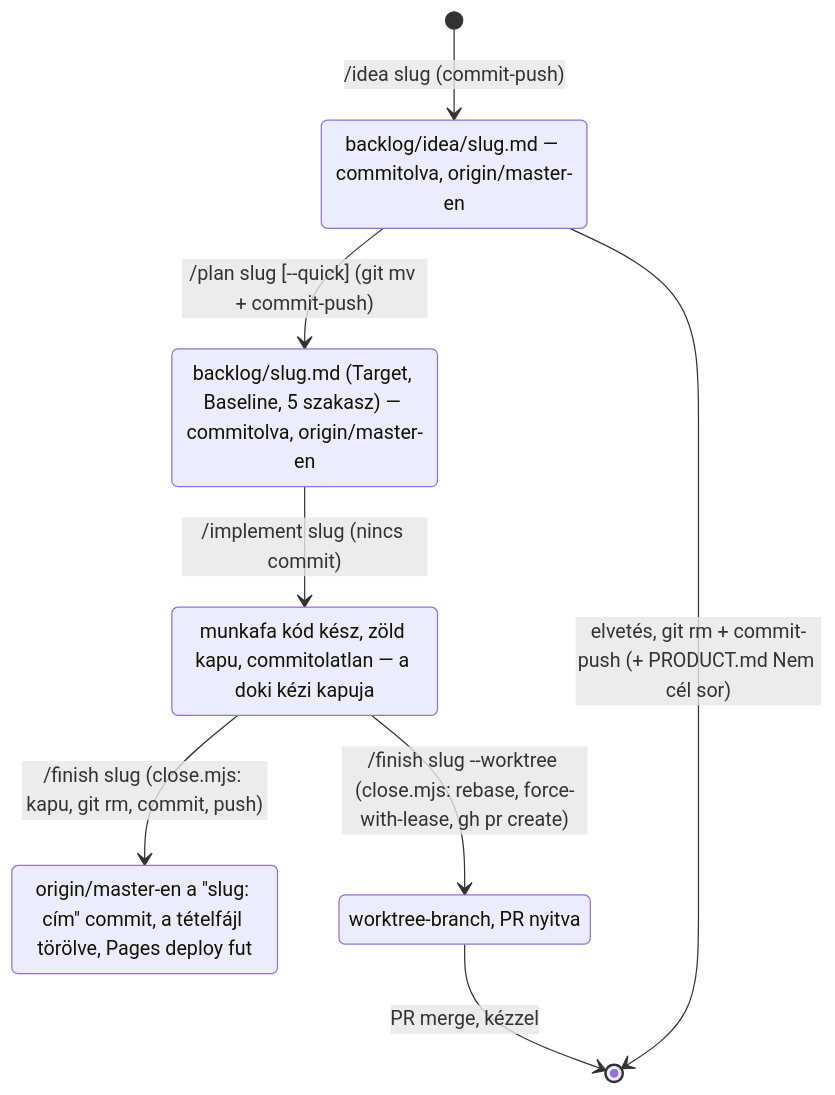
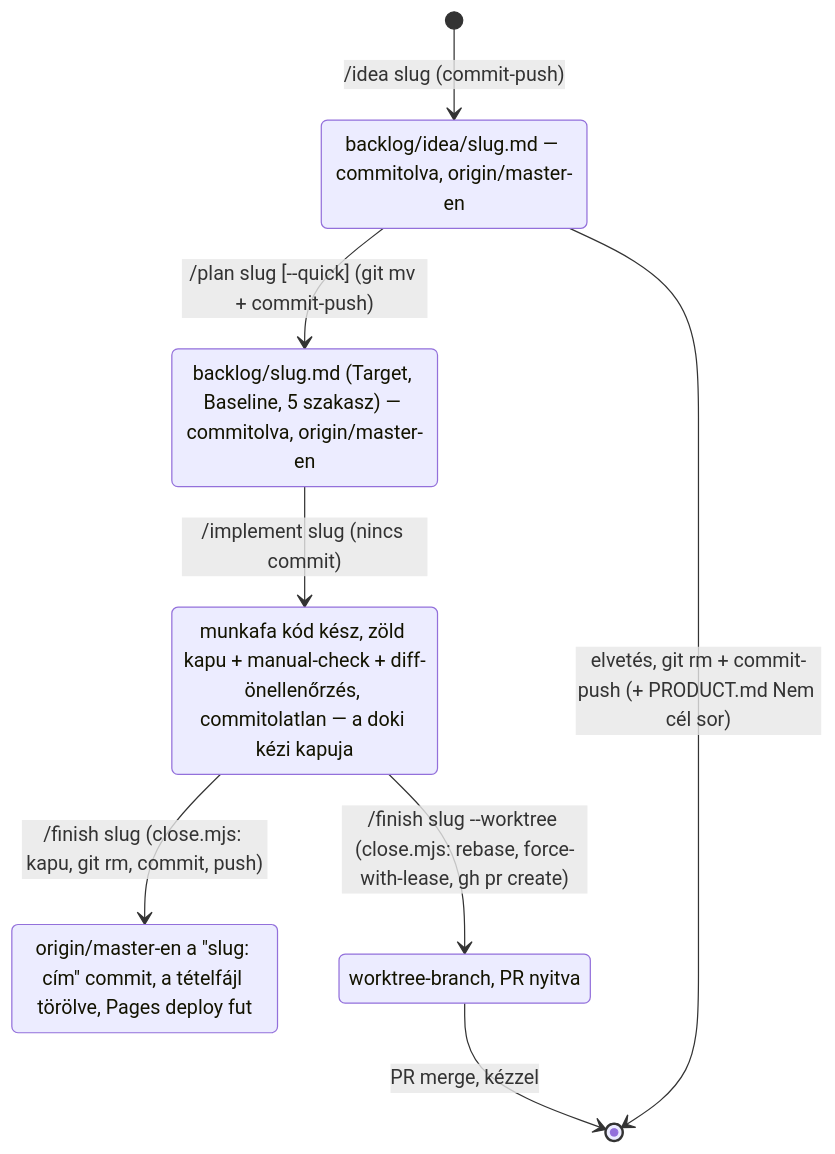
The diagram in backlog/README.md (pkormoczi/dental-plan), drawn with Mermaid before and after one commit. The commit also changed other lines of this file and 1 other file, not shown here.

First line of the commit message:
docs: backlog-flow README a 2. körre — szerepek, scriptek őrei és folytatás-módja, review-2 jelentés

````diff
--- a/backlog/README.md
+++ b/backlog/README.md
@@ -44,16 +55,16 @@
 ```mermaid
 stateDiagram-v2
     Otlet: backlog/idea/slug.md — commitolva, origin/master-en
     Tervezett: backlog/slug.md (Target, Baseline, 5 szakasz) — commitolva, origin/master-en
-    Kesz: munkafa kód kész, zöld kapu, commitolatlan — a doki kézi kapuja
+    Kesz: munkafa kód kész, zöld kapu + manual-check + diff-önellenőrzés, commitolatlan — a doki kézi kapuja
     Lezart: origin/master-en a "slug: cím" commit, a tételfájl törölve, Pages deploy fut
     PR: worktree-branch, PR nyitva
 
     [*] --> Otlet: /idea slug (commit-push)
     Otlet --> Tervezett: /plan slug [--quick] (git mv + commit-push)
     Otlet --> [*]: elvetés, git rm + commit-push (+ PRODUCT.md Nem cél sor)
     Tervezett --> Kesz: /implement slug (nincs commit)
     Kesz --> Lezart: /finish slug (close.mjs: kapu, git rm, commit, push)
     Kesz --> PR: /finish slug --worktree (close.mjs: rebase, force-with-lease, gh pr create)
     PR --> [*]: PR merge, kézzel
 ```
````
